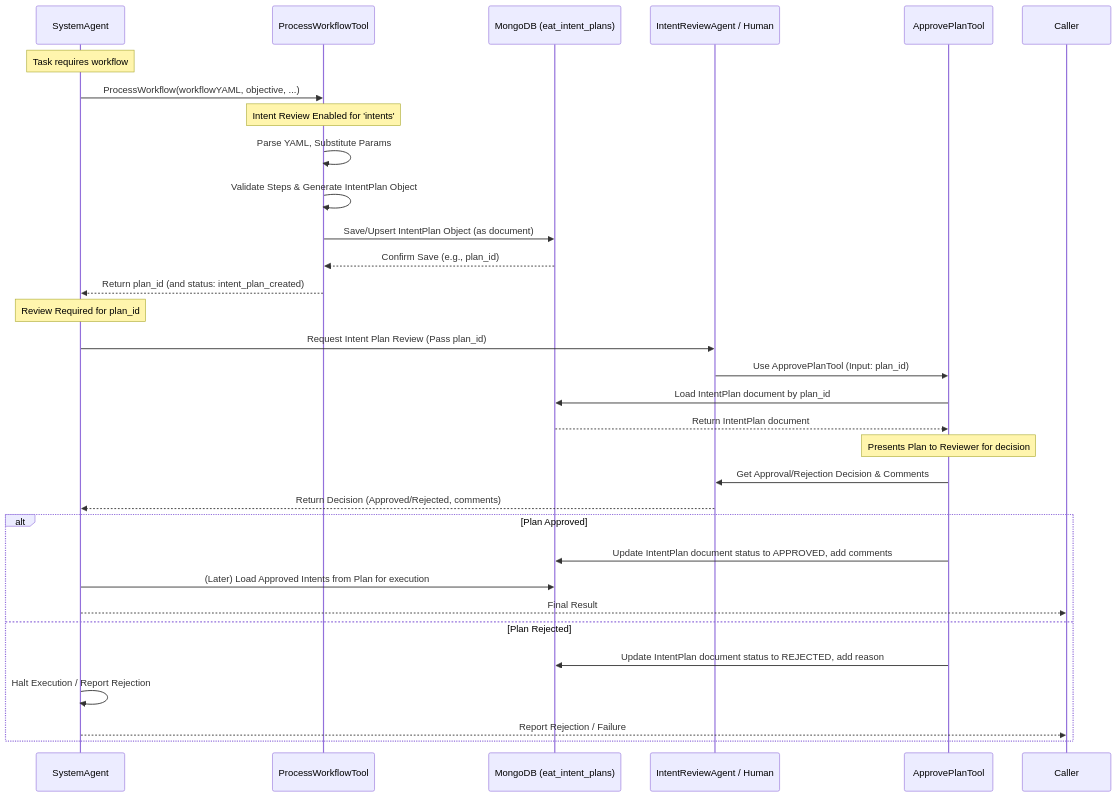
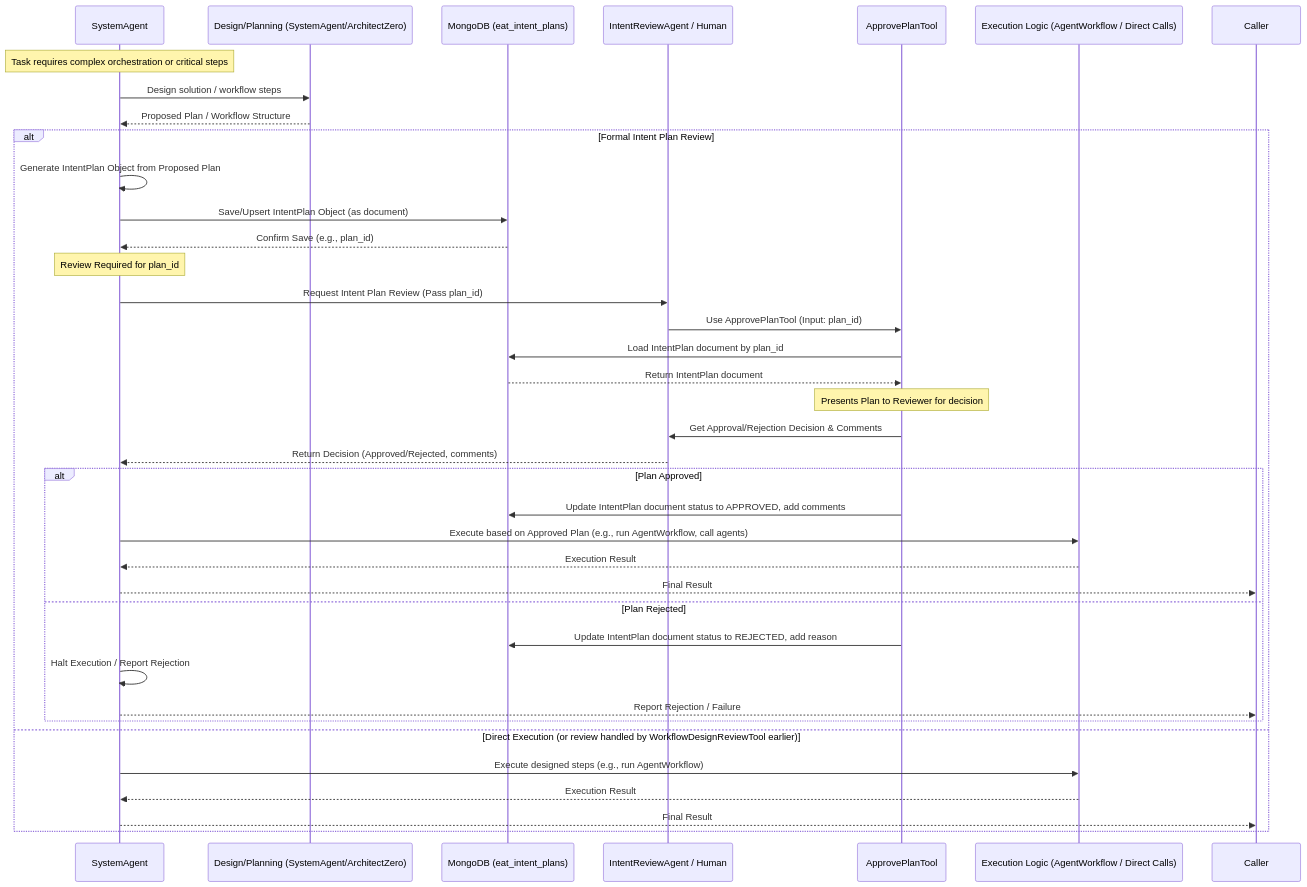
Before and after one commit to matiasmolinas/evolving-agents: the fifth of 5 diagrams in docs/ARCHITECTURE.md, drawn with Mermaid. The commit also changed other lines of this file and 11 other files, not shown here.

````diff
--- a/docs/ARCHITECTURE.md
+++ b/docs/ARCHITECTURE.md
@@ -436,36 +476,43 @@
 ```mermaid
 sequenceDiagram
     participant SysA as SystemAgent
-    participant PWT as ProcessWorkflowTool
+    participant DesignPhase as Design/Planning (SystemAgent/ArchitectZero)
     participant MongoDBReview as MongoDB (eat_intent_plans)
     participant Reviewer as IntentReviewAgent / Human
     participant APT as ApprovePlanTool
+    participant Executor as Execution Logic (AgentWorkflow / Direct Calls)
 
-    Note over SysA: Task requires workflow
-    SysA->>PWT: ProcessWorkflow(workflowYAML, objective, ...)
-    Note over PWT: Intent Review Enabled for 'intents'
-    PWT->>PWT: Parse YAML, Substitute Params
-    PWT->>PWT: Validate Steps & Generate IntentPlan Object
-    PWT->>MongoDBReview: Save/Upsert IntentPlan Object (as document)
-    MongoDBReview-->>PWT: Confirm Save (e.g., plan_id)
-    PWT-->>SysA: Return plan_id (and status: intent_plan_created)
+    Note over SysA: Task requires complex orchestration or critical steps
+    SysA->>DesignPhase: Design solution / workflow steps
+    DesignPhase-->>SysA: Proposed Plan / Workflow Structure
 
-    Note over SysA: Review Required for plan_id
-    SysA->>Reviewer: Request Intent Plan Review (Pass plan_id)
-    Reviewer->>APT: Use ApprovePlanTool (Input: plan_id)
-    APT->>MongoDBReview: Load IntentPlan document by plan_id
-    MongoDBReview-->>APT: Return IntentPlan document
-    Note over APT: Presents Plan to Reviewer for decision
-    APT->>Reviewer: Get Approval/Rejection Decision & Comments
-    Reviewer-->>SysA: Return Decision (Approved/Rejected, comments)
+    alt Formal Intent Plan Review
+        SysA->>SysA: Generate IntentPlan Object from Proposed Plan
+        SysA->>MongoDBReview: Save/Upsert IntentPlan Object (as document)
+        MongoDBReview-->>SysA: Confirm Save (e.g., plan_id)
 
-    alt Plan Approved
-        APT->>MongoDBReview: Update IntentPlan document status to APPROVED, add comments
-        SysA->>MongoDBReview: (Later) Load Approved Intents from Plan for execution
+        Note over SysA: Review Required for plan_id
+        SysA->>Reviewer: Request Intent Plan Review (Pass plan_id)
+        Reviewer->>APT: Use ApprovePlanTool (Input: plan_id)
+        APT->>MongoDBReview: Load IntentPlan document by plan_id
+        MongoDBReview-->>APT: Return IntentPlan document
+        Note over APT: Presents Plan to Reviewer for decision
+        APT->>Reviewer: Get Approval/Rejection Decision & Comments
+        Reviewer-->>SysA: Return Decision (Approved/Rejected, comments)
+
+        alt Plan Approved
+            APT->>MongoDBReview: Update IntentPlan document status to APPROVED, add comments
+            SysA->>Executor: Execute based on Approved Plan (e.g., run AgentWorkflow, call agents)
+            Executor-->>SysA: Execution Result
+            SysA-->>Caller: Final Result
+        else Plan Rejected
+            APT->>MongoDBReview: Update IntentPlan document status to REJECTED, add reason
+            SysA->>SysA: Halt Execution / Report Rejection
+            SysA-->>Caller: Report Rejection / Failure
+        end
+    else Direct Execution (or review handled by WorkflowDesignReviewTool earlier)
+        SysA->>Executor: Execute designed steps (e.g., run AgentWorkflow)
+        Executor-->>SysA: Execution Result
         SysA-->>Caller: Final Result
-    else Plan Rejected
-        APT->>MongoDBReview: Update IntentPlan document status to REJECTED, add reason
-        SysA->>SysA: Halt Execution / Report Rejection
-        SysA-->>Caller: Report Rejection / Failure
     end
 ```
````
